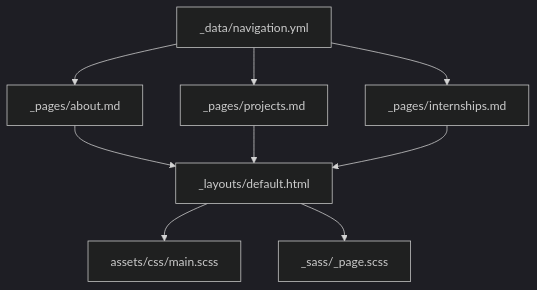
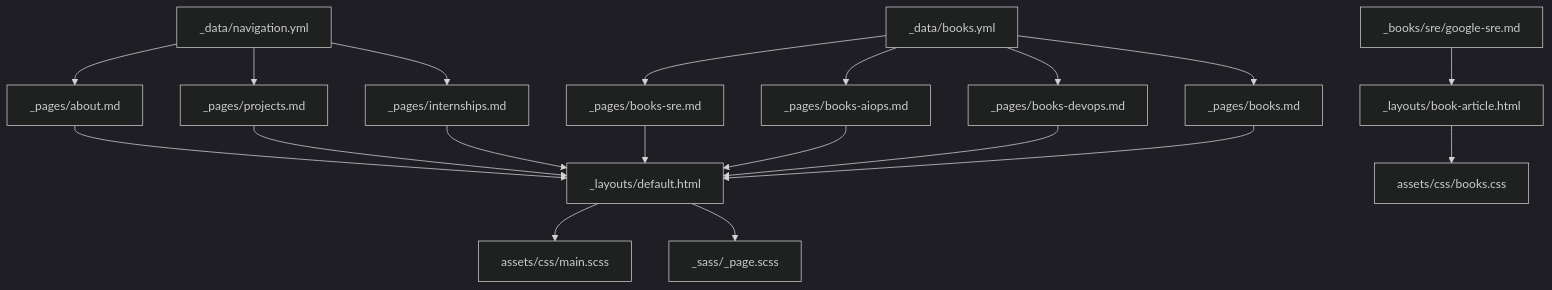
One commit to pizicaiman/pizicaiman.github.io changed the first of 3 diagrams in .qoder/repowiki/zh/content/内容管理/页面内容编辑/页面内容编辑.md. Above: the diagram before and after it, drawn with Mermaid (dark theme). The commit also changed other lines of this file and 10 other files, not shown here.

````diff
--- a/.qoder/repowiki/zh/content/内容管理/页面内容编辑/页面内容编辑.md
+++ b/.qoder/repowiki/zh/content/内容管理/页面内容编辑/页面内容编辑.md
@@ -47,11 +64,21 @@
 ```mermaid
 graph TB
 A["_pages/about.md"] --> L["_layouts/default.html"]
 B["_pages/projects.md"] --> L
 C["_pages/internships.md"] --> L
+D["_pages/books-sre.md"] --> L
+E["_pages/books-aiops.md"] --> L
+F["_pages/books-devops.md"] --> L
+G["_pages/books.md"] --> L
+H["_books/sre/google-sre.md"] --> I["_layouts/book-article.html"]
 L --> S["assets/css/main.scss"]
 L --> P["_sass/_page.scss"]
 N["_data/navigation.yml"] --> A
 N --> B
 N --> C
+J["_data/books.yml"] --> D
+J --> E
+J --> F
+J --> G
+I --> K["assets/css/books.css"]
 ```
````
